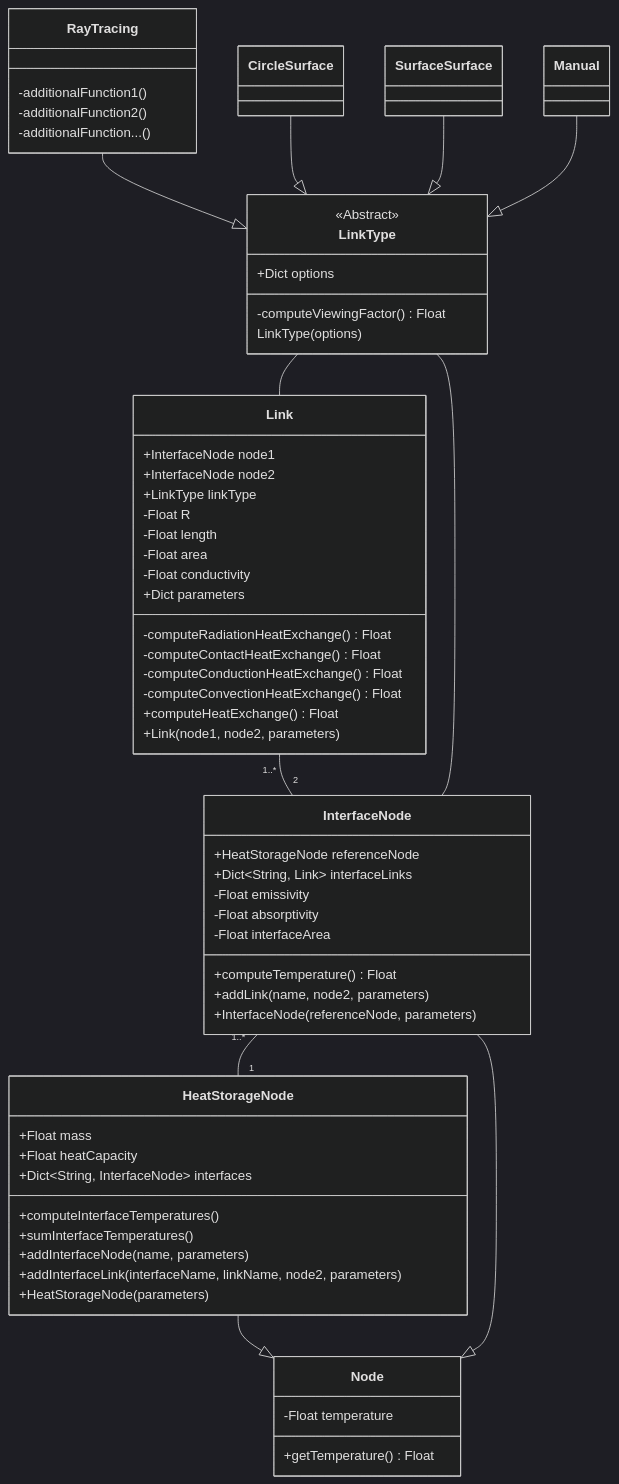
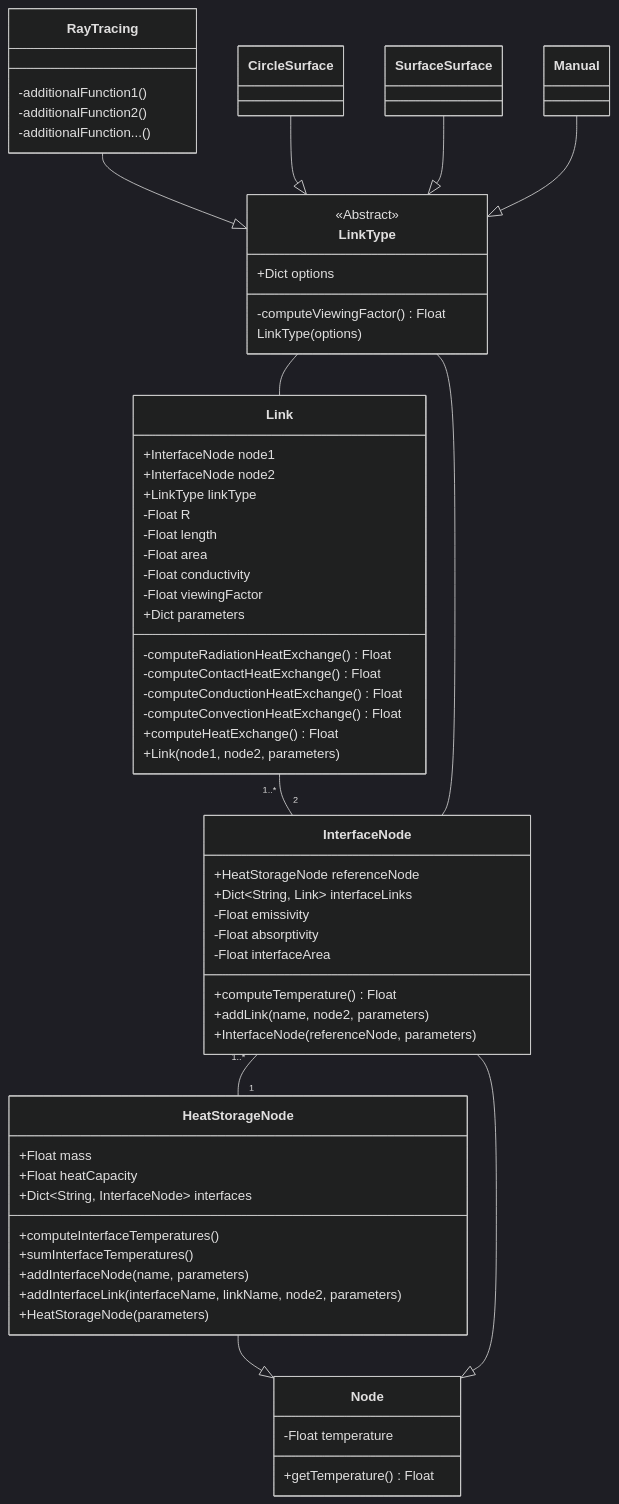
Before and after one commit to niveK77pur/ISM-Thermal-Model: the diagram in class-diagram/class-diagram.mmd, drawn with Mermaid (dark theme). The commit also changed 1 other file, not shown here.

```diff
--- a/class-diagram/class-diagram.mmd
+++ b/class-diagram/class-diagram.mmd
@@ -1,76 +1,77 @@
 classDiagram
 
 
 class Node {
     -Float temperature
     +getTemperature() Float
 }
 
 class HeatStorageNode {
     +Float mass
     +Float heatCapacity
     +Dict~String, InterfaceNode~ interfaces
     +computeInterfaceTemperatures()
     +sumInterfaceTemperatures()
     +addInterfaceNode(name, parameters)
     +addInterfaceLink(interfaceName, linkName, node2, parameters)
     +HeatStorageNode(parameters)
 }
 
 class InterfaceNode {
     +HeatStorageNode referenceNode
     +Dict~String, Link~ interfaceLinks
     -Float emissivity
     -Float absorptivity
     -Float interfaceArea
     +computeTemperature() Float
     +addLink(name, node2, parameters)
     +InterfaceNode(referenceNode, parameters)
 }
 
 class Link {
     +InterfaceNode node1
     +InterfaceNode node2
     +LinkType linkType
     -Float R
     -Float length
     -Float area
     -Float conductivity
+    -Float viewingFactor
     +Dict parameters
     -computeRadiationHeatExchange() Float
     -computeContactHeatExchange() Float
     -computeConductionHeatExchange() Float
     -computeConvectionHeatExchange() Float
     +computeHeatExchange() Float
     +Link(node1, node2, parameters)
 }
 
 
 class LinkType {
     <<Abstract>>
     +Dict options
     -computeViewingFactor() Float
     LinkType(options)
 }
 
 class RayTracing {
     -additionalFunction1()
     -additionalFunction2()
     -additionalFunction...()
 }
 
 
 HeatStorageNode --|> Node
 InterfaceNode --|> Node
 
 RayTracing --|> LinkType
 CircleSurface --|> LinkType
 SurfaceSurface --|> LinkType
 Manual --|> LinkType
 
 Link "1..*" -- "2" InterfaceNode
 
 InterfaceNode "1..*" -- "1" HeatStorageNode
 
 LinkType -- Link
 LinkType -- InterfaceNode
```
